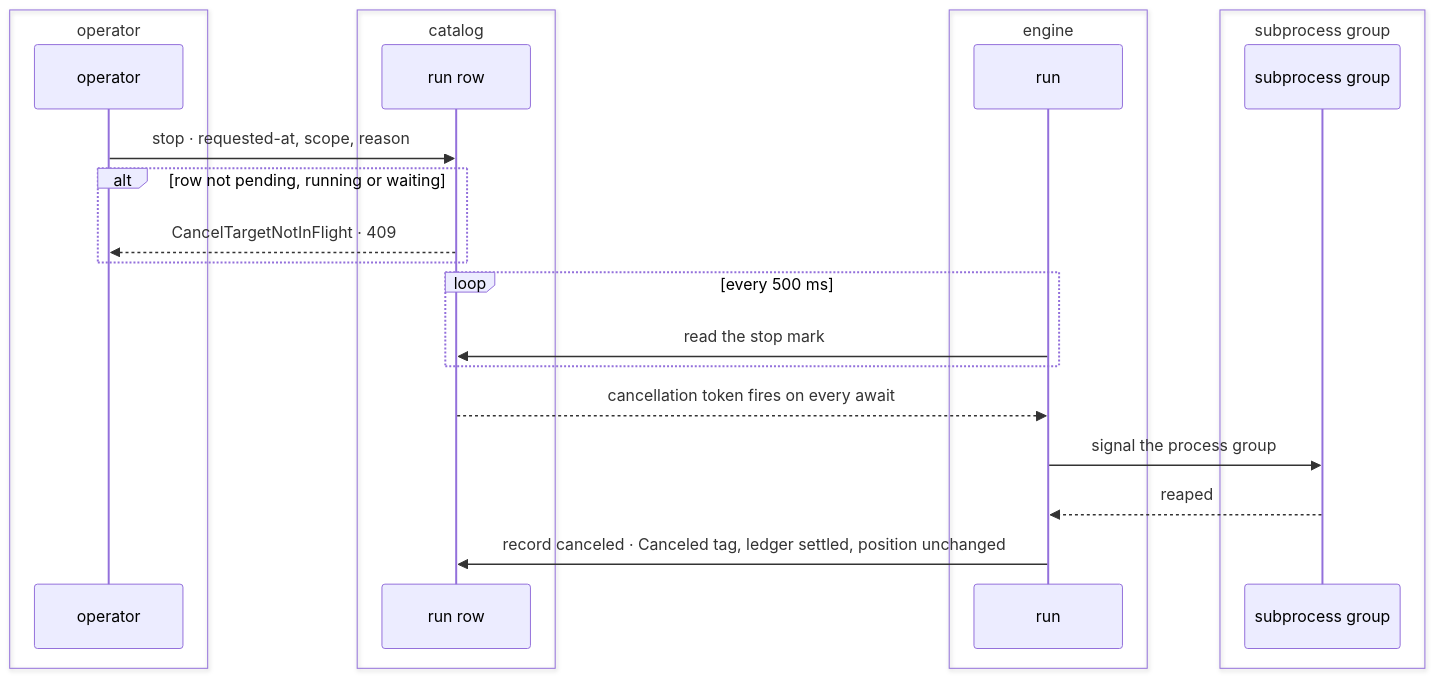
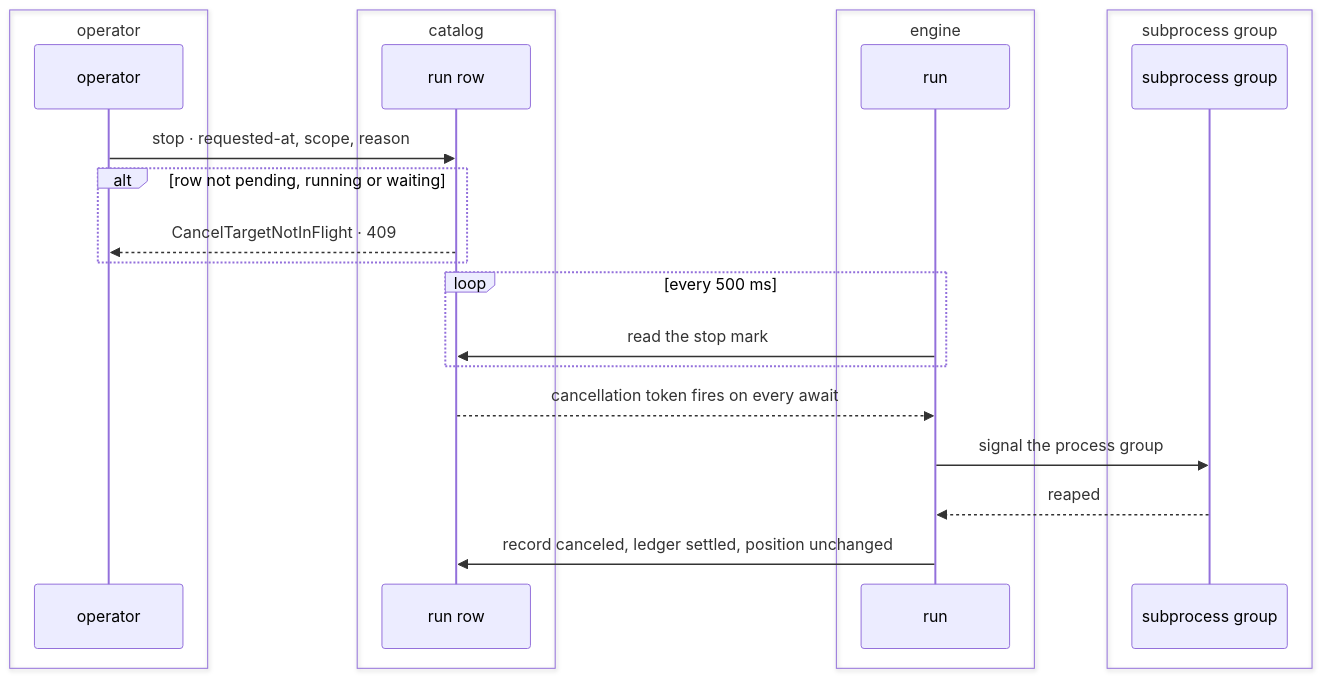
One commit to fractalboxdev/contextful changed the fifth of 6 diagrams in spec/30-run.md. Above: the diagram before and after it, drawn with Mermaid. The commit also changed other lines of this file and 31 other files, not shown here.

First line of the commit message:
spec: every diagram draws things as nodes and what flows as labelled edges

````diff
--- a/spec/30-run.md
+++ b/spec/30-run.md
@@ -278,26 +278,26 @@
 ```mermaid
 sequenceDiagram
   box operator
     participant O as operator
   end
   box catalog
     participant C as run row
   end
   box engine
     participant R as run
   end
   box subprocess group
     participant G as subprocess group
   end
   O->>C: stop · requested-at, scope, reason
   alt row not pending, running or waiting
     C-->>O: CancelTargetNotInFlight · 409
   end
   loop every 500 ms
     R->>C: read the stop mark
   end
   C-->>R: cancellation token fires on every await
   R->>G: signal the process group
   G-->>R: reaped
-  R->>C: record canceled · Canceled tag, ledger settled, position unchanged
+  R->>C: record canceled, ledger settled, position unchanged
 ```
````
